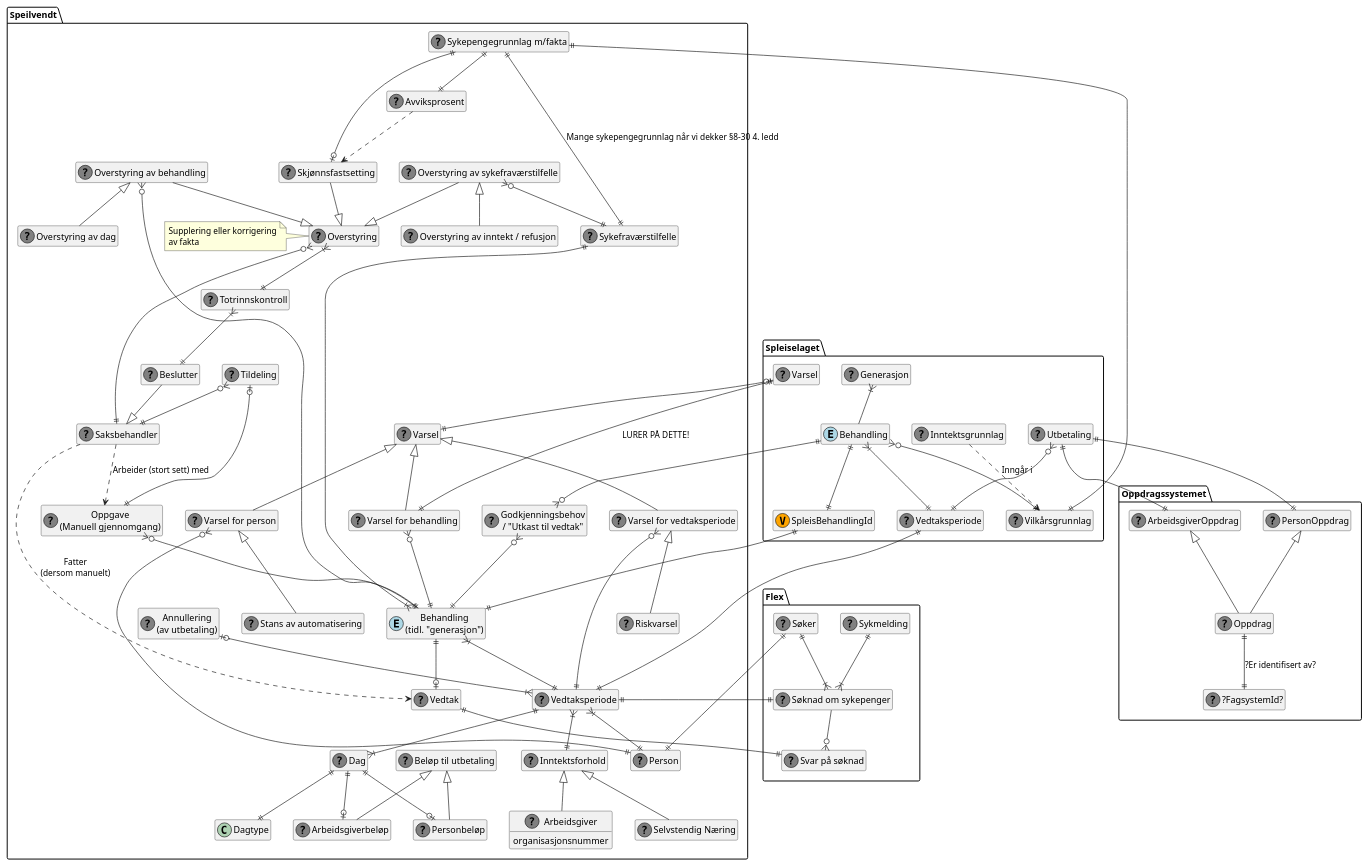
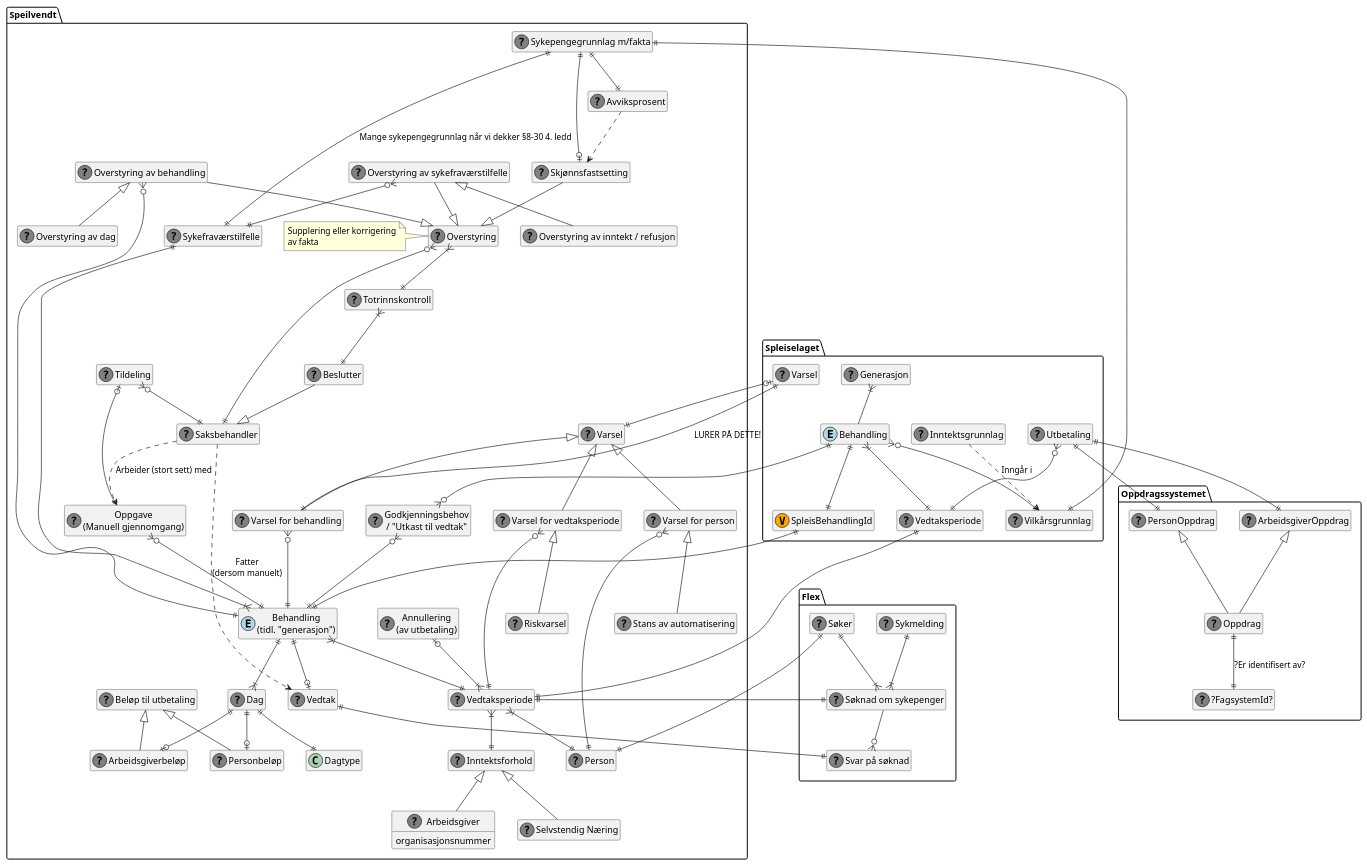
Before and after one commit to navikt/helse-spesialist: the diagram in docs/modell/speilvendt-vedtak-domenemodell-entities-og-value-objects.puml, drawn with PlantUML.

Commit message:
📝 Dager er koblet til behandling, ikke vedtaksperiode

```diff
--- a/docs/modell/speilvendt-vedtak-domenemodell-entities-og-value-objects.puml
+++ b/docs/modell/speilvendt-vedtak-domenemodell-entities-og-value-objects.puml
@@ -1,185 +1,185 @@
 @startuml
 
 package Speilvendt {
   class Person <<(?,gray)>>
 
   class Avviksprosent <<(?,gray)>>
 
   class Godkjenningsbehov as "Godkjenningsbehov\n/ "Utkast til vedtak"" <<(?,gray)>>
 
   class Vedtak <<(?,gray)>>
 
   class Vedtaksperiode <<(?,gray)>>
 
   class Behandling as "Behandling\n(tidl. "generasjon")" <<(E,lightblue)>>
 
   class Inntektsforhold <<(?,gray)>>
 
   class Arbeidsgiver <<(?,gray)>> {
     organisasjonsnummer
   }
 
   class Selvstendig as "Selvstendig Næring" <<(?,gray)>>
 
   class Sykefraværstilfelle <<(?,gray)>>
 
   class Sykepengegrunnlag as "Sykepengegrunnlag m/fakta" <<(?,gray)>>
 
   class Overstyring <<(?,gray)>>
   note left: Supplering eller korrigering\nav fakta
 
   class Skjønnsfastsetting <<(?,gray)>>
 
   class "Oppgave\n(Manuell gjennomgang)" as Oppgave <<(?,gray)>>
 
   class Totrinnskontroll <<(?,gray)>>
 
   class Saksbehandler <<(?,gray)>>
 
   class Beslutter <<(?,gray)>>
 
   class Dag <<(?,gray)>>
 
   class "Beløp til utbetaling" as BeløpTilUtbetaling <<(?,gray)>>
   class Arbeidsgiverbeløp <<(?,gray)>> extends BeløpTilUtbetaling
   class Personbeløp <<(?,gray)>> extends BeløpTilUtbetaling
 
   class Varsel <<(?,gray)>>
 
   class PersonVarsel as "Varsel for person" <<(?,gray)>>
 
   class VedtaksperiodeVarsel as "Varsel for vedtaksperiode" <<(?,gray)>>
 
   class BehandlingVarsel as "Varsel for behandling" <<(?,gray)>>
 
   class StansAutomatiseringVarsel as "Stans av automatisering" <<(?,gray)>>
 
   class Riskvarsel <<(?,gray)>>
 
   class Tildeling <<(?,gray)>>
 
   class OverstyringInntektOgRefusjon as "Overstyring av inntekt / refusjon" <<(?,gray)>>
 
   class OverstyringDag as "Overstyring av dag" <<(?,gray)>>
 
   class OverstyringBehandling as "Overstyring av behandling" <<(?,gray)>>
 
   class OverstyringSykefraværstilfelle as "Overstyring av sykefraværstilfelle" <<(?,gray)>>
 
   class "Annullering\n(av utbetaling)" as Annullering <<(?,gray)>>
 }
 
 package Spleiselaget {
   class Behandling <<(E,lightblue)>>
   class "SpleisBehandlingId" as BehandlingId <<(V,orange)>>
   Behandling ||--|| BehandlingId
 
   class Generasjon <<(?,gray)>>
 
   class Inntektsgrunnlag <<(?,gray)>>
 
   class Vedtaksperiode <<(?,gray)>>
 
   class Vilkårsgrunnlag <<(?,gray)>>
 
   class Utbetaling <<(?,gray)>>
 
   class Varsel <<(?,gray)>>
 }
 
 package Flex {
   class Sykmelding <<(?,gray)>>
 
   class "Søknad om sykepenger" as Søknad <<(?,gray)>>
 
   class "Svar på søknad" as Svar <<(?,gray)>>
 
   class Søker <<(?,gray)>>
 }
 
 package Oppdragssystemet {
   class Oppdrag <<(?,gray)>>
   class PersonOppdrag <<(?,gray)>>
   class ArbeidsgiverOppdrag <<(?,gray)>>
   class "?FagsystemId?" as FagsystemId <<(?,gray)>>
 }
 
 Flex.Sykmelding ||--|{ Flex.Søknad
 Flex.Søknad ||--|| Speilvendt.Vedtaksperiode
 Flex.Søknad --o{ Flex.Svar
 Flex.Søker ||--|{ Flex.Søknad
 Speilvendt.Vedtak ||--|| Flex.Svar
 
 Flex.Søker ||--|| Speilvendt.Person
 
 Speilvendt.Saksbehandler ||--o{ Speilvendt.Overstyring
 Speilvendt.OverstyringBehandling }o--|| Speilvendt.Behandling
 Speilvendt.OverstyringSykefraværstilfelle }o--|| Speilvendt.Sykefraværstilfelle
 
 Speilvendt.Godkjenningsbehov }o--|| Speilvendt.Behandling
 Speilvendt.Behandling }|--|| Speilvendt.Vedtaksperiode
 Speilvendt.Vedtaksperiode }|--|| Speilvendt.Inntektsforhold
-Speilvendt.Vedtaksperiode ||--|{ Speilvendt.Dag
+Speilvendt.Behandling ||--|{ Speilvendt.Dag
 Spleiselaget.Behandling }|--|| Spleiselaget.Vedtaksperiode
 Speilvendt.Behandling ||--o| Speilvendt.Vedtak
 Speilvendt.Sykefraværstilfelle ||--|{ Speilvendt.Behandling
 
 Speilvendt.Sykepengegrunnlag ||--|| Speilvendt.Sykefraværstilfelle: Mange sykepengegrunnlag når vi dekker §8-30 4. ledd
 
 Speilvendt.Sykepengegrunnlag ||--|| Speilvendt.Avviksprosent
 Speilvendt.Skjønnsfastsetting |o--|| Speilvendt.Sykepengegrunnlag
 Speilvendt.OverstyringBehandling --|> Speilvendt.Overstyring
 Speilvendt.OverstyringSykefraværstilfelle --|> Speilvendt.Overstyring
 Speilvendt.Skjønnsfastsetting --|> Speilvendt.Overstyring
 Speilvendt.Beslutter --|> Speilvendt.Saksbehandler
 Speilvendt.Totrinnskontroll }|--|| Speilvendt.Beslutter
 Speilvendt.Avviksprosent ..> Speilvendt.Skjønnsfastsetting
 Speilvendt.Behandling ||--|| Spleiselaget.BehandlingId
 Speilvendt.Saksbehandler ..> Speilvendt.Oppgave: Arbeider (stort sett) med
 Speilvendt.Vedtaksperiode ||--|| Spleiselaget.Vedtaksperiode
 Speilvendt.Dag ||--o| Speilvendt.Arbeidsgiverbeløp
 Speilvendt.Dag ||--o| Speilvendt.Personbeløp
 Speilvendt.Dag ||--|| Speilvendt.Dagtype
 Speilvendt.Oppgave }o--|| Speilvendt.Behandling
 Spleiselaget.Behandling }o--|| Spleiselaget.Vilkårsgrunnlag
 Spleiselaget.Behandling ||--o{ Speilvendt.Godkjenningsbehov
 Speilvendt.Saksbehandler ..> Speilvendt.Vedtak: Fatter\n(dersom manuelt)
 Speilvendt.Overstyring }|--|| Speilvendt.Totrinnskontroll
 Spleiselaget.Inntektsgrunnlag ..> Spleiselaget.Vilkårsgrunnlag: Inngår i
 Spleiselaget.Vilkårsgrunnlag ||--|| Speilvendt.Sykepengegrunnlag
 Speilvendt.Inntektsforhold <|-- Speilvendt.Selvstendig
 Speilvendt.Inntektsforhold <|-- Speilvendt.Arbeidsgiver
 Spleiselaget.Varsel |o--|| Speilvendt.Varsel
 Spleiselaget.Varsel ||--|| Speilvendt.BehandlingVarsel: "LURER PÅ DETTE!"
 Speilvendt.PersonVarsel }o--|| Speilvendt.Person
 
 Speilvendt.Vedtaksperiode }|--|| Speilvendt.Person
 
 Speilvendt.Annullering |o--|{ Speilvendt.Vedtaksperiode
 Spleiselaget.Utbetaling ||--|| PersonOppdrag
 Spleiselaget.Utbetaling ||--|| ArbeidsgiverOppdrag
 Spleiselaget.Utbetaling }o--|| Spleiselaget.Vedtaksperiode
 PersonOppdrag <|-- Oppdrag
 ArbeidsgiverOppdrag <|-- Oppdrag
 Oppdrag ||--|| FagsystemId: ?Er identifisert av?
 
 Speilvendt.Tildeling |o--|| Speilvendt.Oppgave
 Speilvendt.Tildeling }o--|| Speilvendt.Saksbehandler
 
 Speilvendt.OverstyringBehandling <|-- Speilvendt.OverstyringDag
 Speilvendt.OverstyringSykefraværstilfelle <|-- Speilvendt.OverstyringInntektOgRefusjon
 
 Speilvendt.PersonVarsel <|-- Speilvendt.StansAutomatiseringVarsel
 
 Speilvendt.Varsel <|-- Speilvendt.PersonVarsel
 Speilvendt.Varsel <|-- Speilvendt.BehandlingVarsel
 Speilvendt.BehandlingVarsel }o--|| Speilvendt.Behandling
 Speilvendt.Varsel <|-- Speilvendt.VedtaksperiodeVarsel
 Speilvendt.VedtaksperiodeVarsel }o--|| Speilvendt.Vedtaksperiode
 Speilvendt.VedtaksperiodeVarsel <|-- Speilvendt.Riskvarsel
 
 Spleiselaget.Generasjon }|-- Spleiselaget.Behandling
 
 hide empty members
 
 @enduml
```
